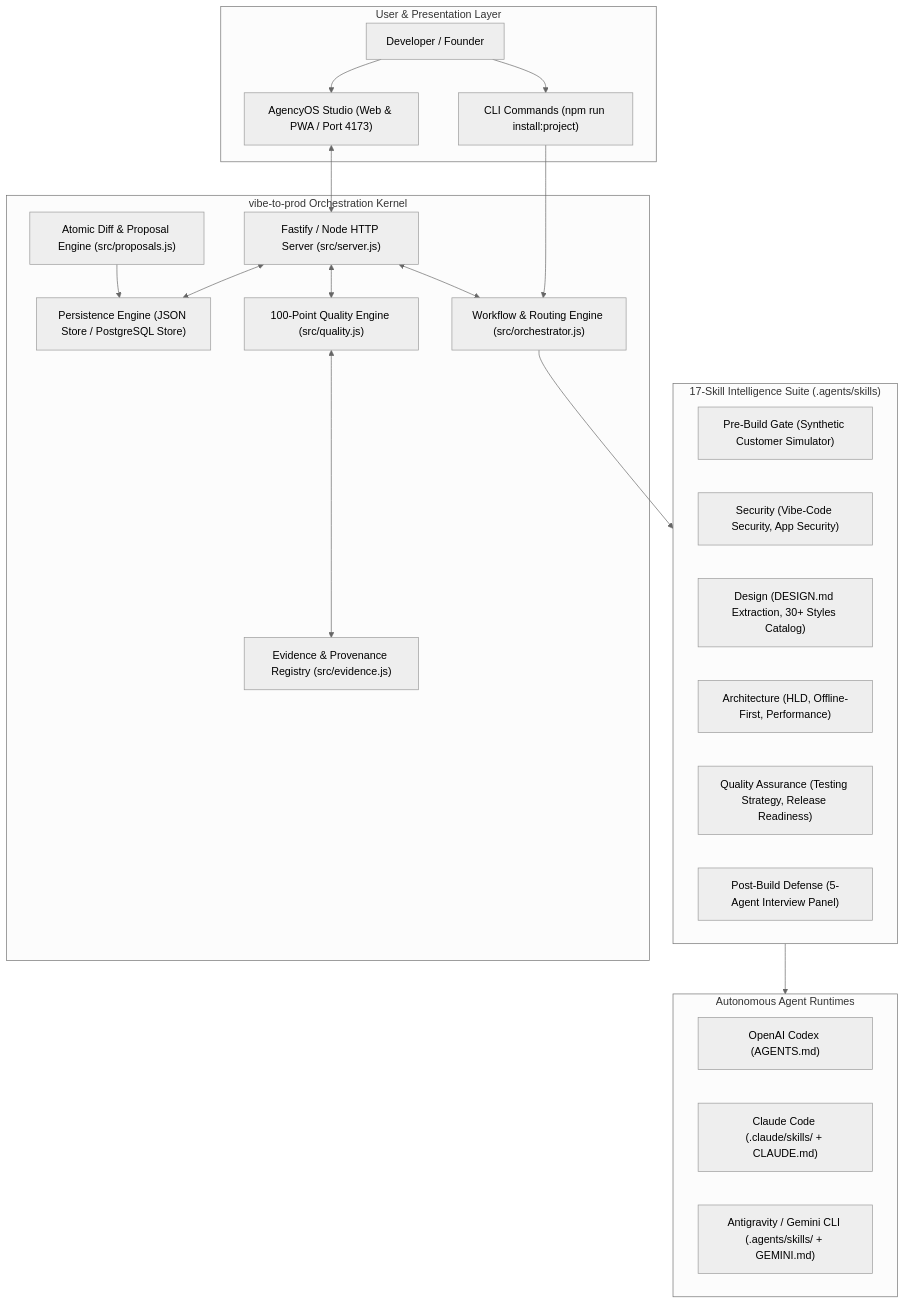
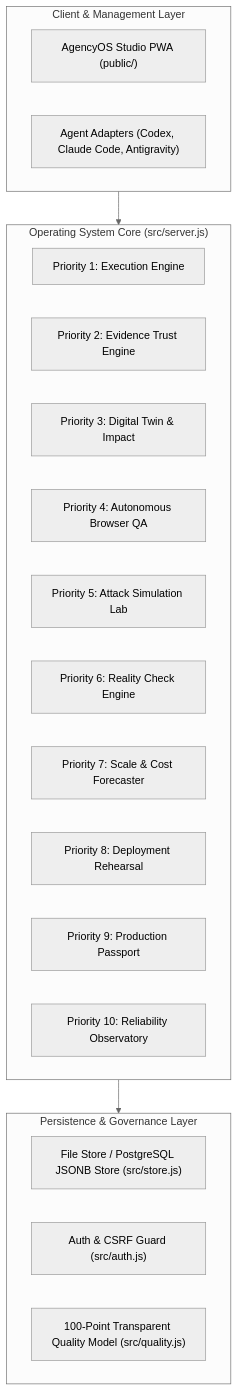
Before and after one commit to raviattrash-pro/vibe-to-prod: the second of 2 diagrams in README.md, drawn with Mermaid (neutral theme). The commit also changed other lines of this file and 2 other files, not shown here.

Commit message:
docs: expand README, ARCHITECTURE, and API docs with 10 Priorities and 100 passing tests

````diff
--- a/README.md
+++ b/README.md
@@ -91,44 +155,29 @@
 ```mermaid
 flowchart TD
-    subgraph ClientLayer["User & Presentation Layer"]
-        User["Developer / Founder"]
-        Studio["AgencyOS Studio (Web & PWA / Port 4173)"]
-        CLI["CLI Commands (npm run install:project)"]
+    subgraph ClientLayer ["Client & Management Layer"]
+        Studio["AgencyOS Studio PWA (public/)"]
+        CLI["Agent Adapters (Codex, Claude Code, Antigravity)"]
     end
 
-    subgraph CoreEngine["vibe-to-prod Orchestration Kernel"]
-        API["Fastify / Node HTTP Server (src/server.js)"]
-        Store["Persistence Engine (JSON Store / PostgreSQL Store)"]
-        Orchestrator["Workflow & Routing Engine (src/orchestrator.js)"]
-        Quality["100-Point Quality Engine (src/quality.js)"]
-        Evidence["Evidence & Provenance Registry (src/evidence.js)"]
-        Proposal["Atomic Diff & Proposal Engine (src/proposals.js)"]
+    subgraph CoreEngine ["Operating System Core (src/server.js)"]
+        ExecEngine["Priority 1: Execution Engine"]
+        TrustEngine["Priority 2: Evidence Trust Engine"]
+        TwinEngine["Priority 3: Digital Twin & Impact"]
+        BrowserQA["Priority 4: Autonomous Browser QA"]
+        AttackLab["Priority 5: Attack Simulation Lab"]
+        RealityCheck["Priority 6: Reality Check Engine"]
+        Forecaster["Priority 7: Scale & Cost Forecaster"]
+        Rehearsal["Priority 8: Deployment Rehearsal"]
+        Passport["Priority 9: Production Passport"]
+        Observatory["Priority 10: Reliability Observatory"]
     end
 
-    subgraph IntelligenceLayer["17-Skill Intelligence Suite (.agents/skills)"]
-        PreBuild["Pre-Build Gate (Synthetic Customer Simulator)"]
-        SecSkills["Security (Vibe-Code Security, App Security)"]
-        DesignSkills["Design (DESIGN.md Extraction, 30+ Styles Catalog)"]
-        ArchSkills["Architecture (HLD, Offline-First, Performance)"]
-        QASkills["Quality Assurance (Testing Strategy, Release Readiness)"]
-        PostBuild["Post-Build Defense (5-Agent Interview Panel)"]
+    subgraph StorageLayer ["Persistence & Governance Layer"]
+        Store["File Store / PostgreSQL JSONB Store (src/store.js)"]
+        Auth["Auth & CSRF Guard (src/auth.js)"]
+        QualityModel["100-Point Transparent Quality Model (src/quality.js)"]
     end
 
-    subgraph AgentRuntimes["Autonomous Agent Runtimes"]
-        Codex["OpenAI Codex (AGENTS.md)"]
-        Claude["Claude Code (.claude/skills/ + CLAUDE.md)"]
-        Antigravity["Antigravity / Gemini CLI (.agents/skills/ + GEMINI.md)"]
-    end
-
-    User --> Studio
-    User --> CLI
-    Studio <--> API
-    CLI --> Orchestrator
-    API <--> Store
-    API <--> Orchestrator
-    API <--> Quality
-    Quality <--> Evidence
-    Orchestrator --> IntelligenceLayer
-    IntelligenceLayer --> AgentRuntimes
-    Proposal --> Store
+    ClientLayer --> CoreEngine
+    CoreEngine --> StorageLayer
 ```
````
